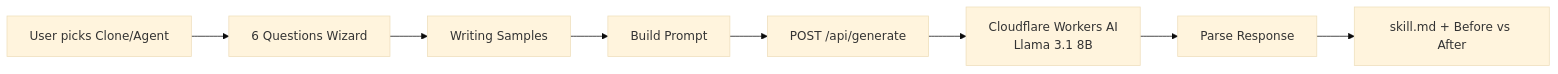
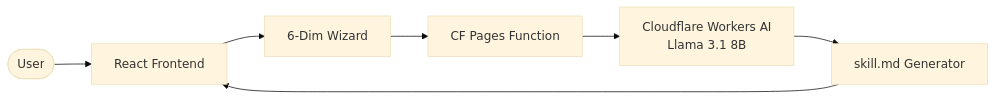
Before and after one commit to bejranonda/PersonaBuilder: the diagram in README.md, drawn with Mermaid (base theme). The commit also changed other lines of this file and 4 other files, not shown here.

````diff
--- a/README.md
+++ b/README.md
@@ -123,10 +82,9 @@
 ```mermaid
 flowchart LR
-    A[User picks Clone/Agent] --> B[6 Questions Wizard]
-    B --> C[Writing Samples]
-    C --> D[Build Prompt]
-    D --> E[POST /api/generate]
-    E --> F[Cloudflare Workers AI<br/>Llama 3.1 8B]
-    F --> G[Parse Response]
-    G --> H[skill.md + Before vs After]
+    User([User]) --> UI[React Frontend]
+    UI --> Wiz[6-Dim Wizard]
+    Wiz --> Proxy[CF Pages Function]
+    Proxy --> AI[Cloudflare Workers AI<br/>Llama 3.1 8B]
+    AI --> Res[skill.md Generator]
+    Res --> UI
 ```
````
